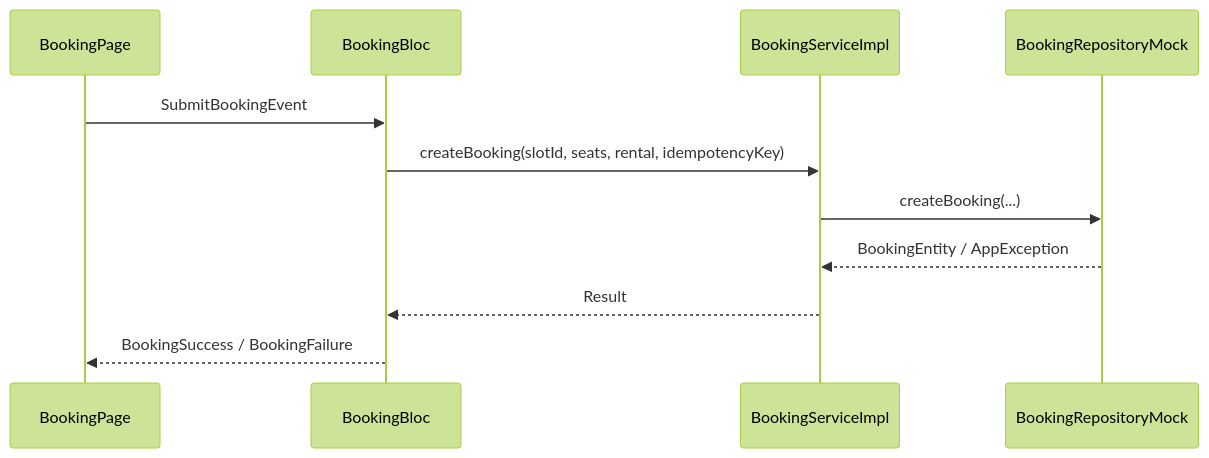
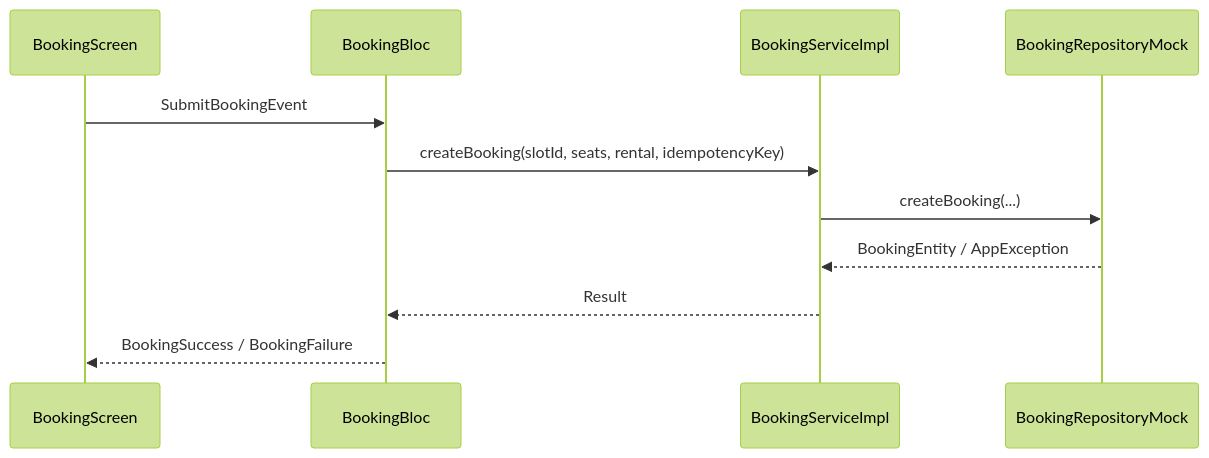
One commit to noragami66/Surf changed the second of 2 diagrams in docs/02-architecture.md. Above: the diagram before and after it, drawn with Mermaid (forest theme). The commit also changed other lines of this file and 7 other files, not shown here.

First line of the commit message:
PLATF-005: docs: add application layer and align architecture with Deriverse

````diff
--- a/docs/02-architecture.md
+++ b/docs/02-architecture.md
@@ -130,14 +278,14 @@
 ```mermaid
 sequenceDiagram
-    participant W as BookingPage
+    participant W as BookingScreen
     participant B as BookingBloc
     participant S as BookingServiceImpl
     participant R as BookingRepositoryMock
 
     W->>B: SubmitBookingEvent
     B->>S: createBooking(slotId, seats, rental, idempotencyKey)
     S->>R: createBooking(...)
     R-->>S: BookingEntity / AppException
     S-->>B: Result
     B-->>W: BookingSuccess / BookingFailure
 ```
````
